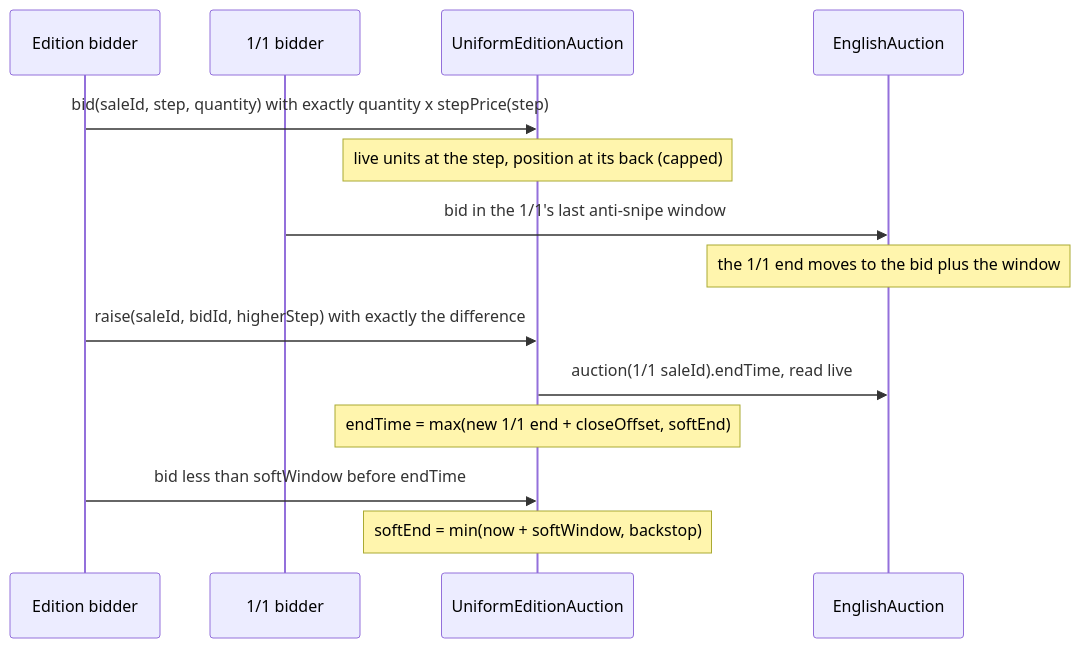
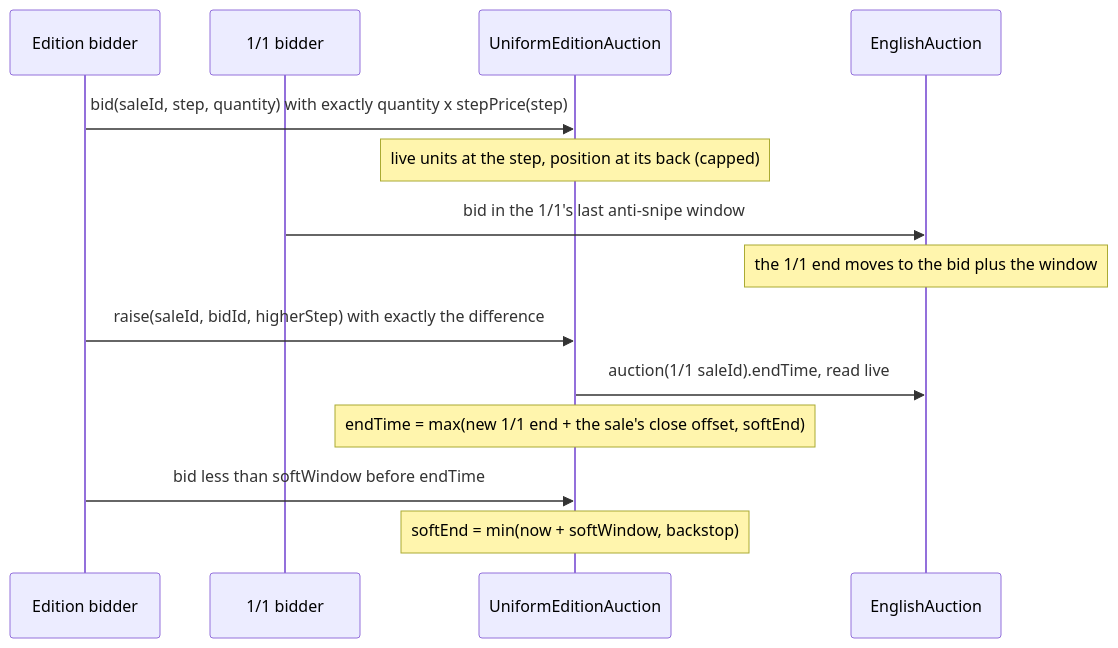
One commit to 6529-Collections/6529-works changed the sixth of 9 diagrams in docs/spec/editions-and-sales.md. Above: the diagram before and after it, drawn with Mermaid. The commit also changed other lines of this file and 369 other files, not shown here.

````diff
--- a/docs/spec/editions-and-sales.md
+++ b/docs/spec/editions-and-sales.md
@@ -548,16 +634,16 @@
 ```mermaid
 sequenceDiagram
     participant Bidder as Edition bidder
     participant Collector as 1/1 bidder
     participant EA as UniformEditionAuction
     participant Auction as EnglishAuction
     Bidder->>EA: bid(saleId, step, quantity) with exactly quantity x stepPrice(step)
     Note over EA: live units at the step, position at its back (capped)
     Collector->>Auction: bid in the 1/1's last anti-snipe window
     Note over Auction: the 1/1 end moves to the bid plus the window
     Bidder->>EA: raise(saleId, bidId, higherStep) with exactly the difference
     EA->>Auction: auction(1/1 saleId).endTime, read live
-    Note over EA: endTime = max(new 1/1 end + closeOffset, softEnd)
+    Note over EA: endTime = max(new 1/1 end + the sale's close offset, softEnd)
     Bidder->>EA: bid less than softWindow before endTime
     Note over EA: softEnd = min(now + softWindow, backstop)
 ```
````
